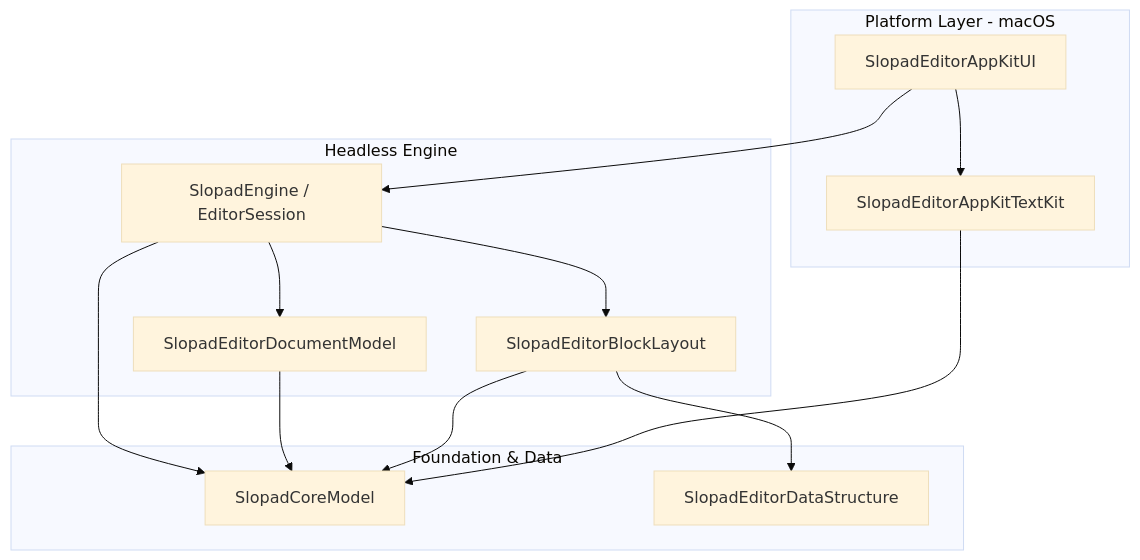
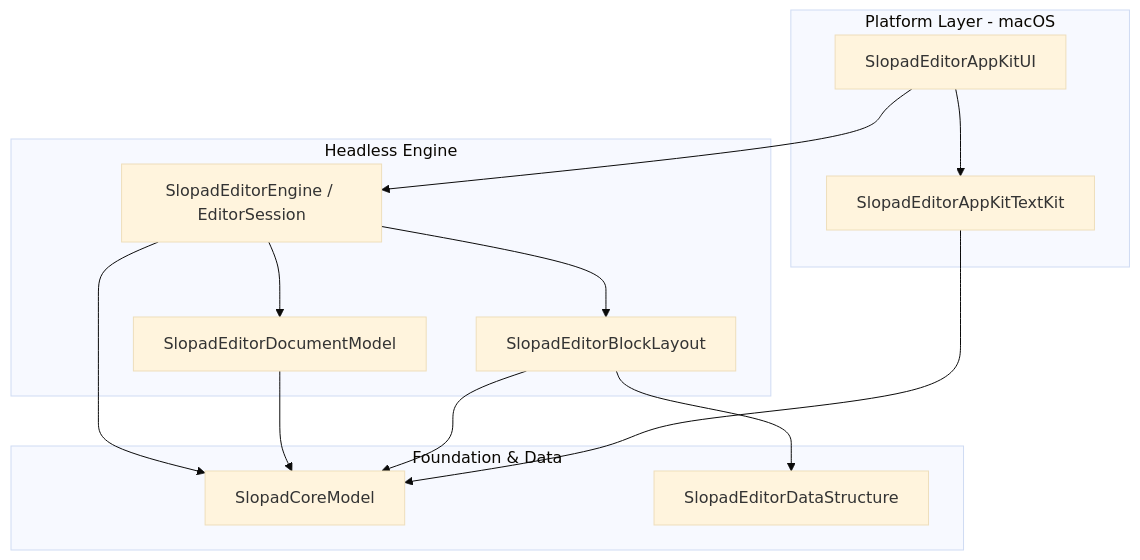
One commit to hot666666/SlopadEditor changed the diagram in ADR/0002-swiftpm-target-graph.md. Above: the diagram before and after it, drawn with Mermaid (base theme). The commit also changed other lines of this file and 277 other files, not shown here.

First line of the commit message:
refactor: rename SlopadEngine to SlopadEditorEngine

````diff
--- a/ADR/0002-swiftpm-target-graph.md
+++ b/ADR/0002-swiftpm-target-graph.md
@@ -17,28 +17,28 @@
 ```mermaid
 flowchart TB
     subgraph Platform["Platform Layer - macOS"]
         AppKitUI["SlopadEditorAppKitUI"]
         AppKitTextKit["SlopadEditorAppKitTextKit"]
     end
 
     subgraph Headless["Headless Engine"]
-        Engine["SlopadEngine / EditorSession"]
+        Engine["SlopadEditorEngine / EditorSession"]
         EditorModel["SlopadEditorDocumentModel"]
         BlockLayout["SlopadEditorBlockLayout"]
     end
 
     subgraph Foundation["Foundation & Data"]
         CoreModel["SlopadCoreModel"]
         DataStructure["SlopadEditorDataStructure"]
     end
 
     AppKitUI --> Engine
     AppKitUI --> AppKitTextKit
     Engine --> CoreModel
     Engine --> EditorModel
     Engine --> BlockLayout
     EditorModel --> CoreModel
     BlockLayout --> CoreModel
     BlockLayout --> DataStructure
     AppKitTextKit --> CoreModel
 ```
````
